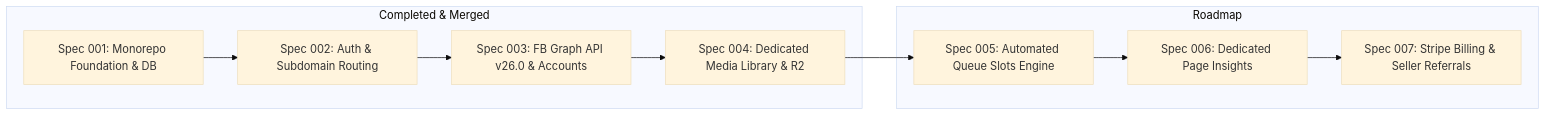
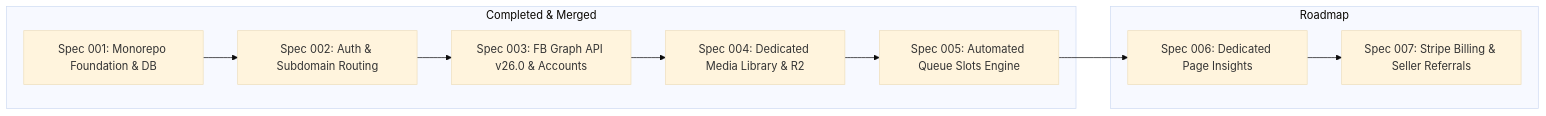
The diagram in docs/foundational-knowledge.md (Velocta/fbuploadpro), drawn with Mermaid (base theme) before and after one commit. The commit also changed other lines of this file, not shown here.

Commit message:
docs: mark Spec 005 as completed and set Spec 006 as active milestone

````diff
--- a/docs/foundational-knowledge.md
+++ b/docs/foundational-knowledge.md
@@ -107,17 +107,17 @@
 ```mermaid
 flowchart LR
   subgraph Done [Completed & Merged]
     M1[Spec 001: Monorepo Foundation & DB]
     M2[Spec 002: Auth & Subdomain Routing]
     M3[Spec 003: FB Graph API v26.0 & Accounts]
     M4[Spec 004: Dedicated Media Library & R2]
+    M5[Spec 005: Automated Queue Slots Engine]
   end
 
   subgraph Next [Roadmap]
-    M5[Spec 005: Automated Queue Slots Engine]
     M6[Spec 006: Dedicated Page Insights]
     M7[Spec 007: Stripe Billing & Seller Referrals]
   end
 
   M1 --> M2 --> M3 --> M4 --> M5 --> M6 --> M7
 ```
````
